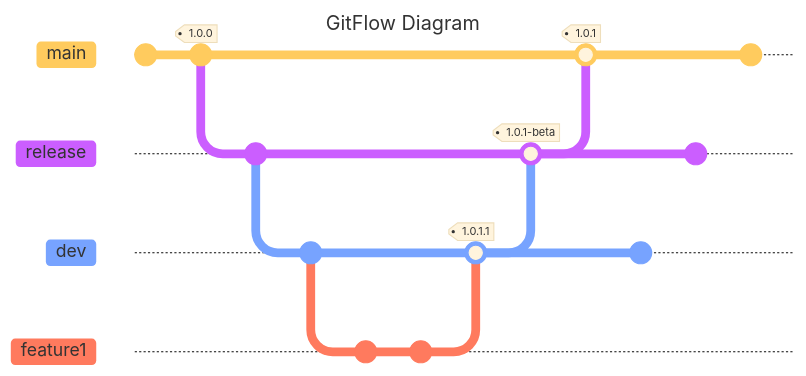
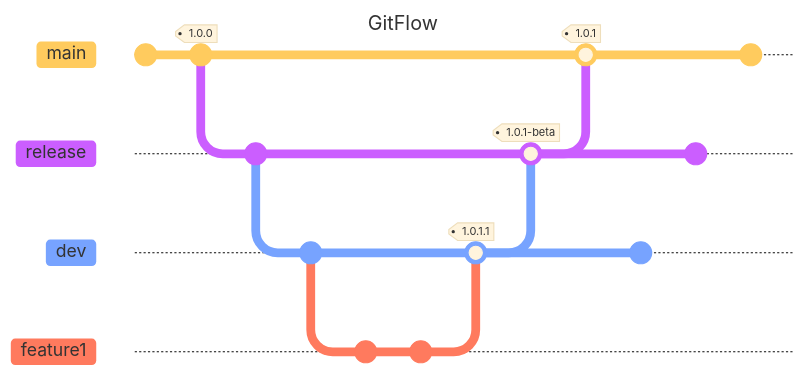
The first of 2 diagrams in devops/CodeFlow.md (daniel-grimm/reference-material), drawn with Mermaid before and after one commit. The commit also changed other lines of this file, not shown here. Commit ids are hidden.

Commit message:
Adding Trunk Based Development Graph

````diff
--- a/devops/CodeFlow.md
+++ b/devops/CodeFlow.md
@@ -6,42 +6,42 @@
 ```mermaid
 ---
-title: GitFlow Diagram
+title: GitFlow
 ---
 
 %%{
     init: {
         'logLevel': 'debug',
         'theme': 'base',
         'gitGraph': {
             'showBranches': true,
             'showCommitLabel': false
         }
     }
 }%%
 
 gitGraph
     commit
     commit tag: "1.0.0"
     branch release
     checkout release
     commit
     branch dev
     checkout dev
     commit
     branch feature1
     checkout feature1
     commit
     commit
     checkout dev
     merge feature1 tag: "1.0.1.1"
     checkout release
     merge dev tag: "1.0.1-beta"
     checkout main
     merge release tag: "1.0.1"
     checkout dev
     commit
     checkout release
     commit
     checkout main
     commit
 ```
````
